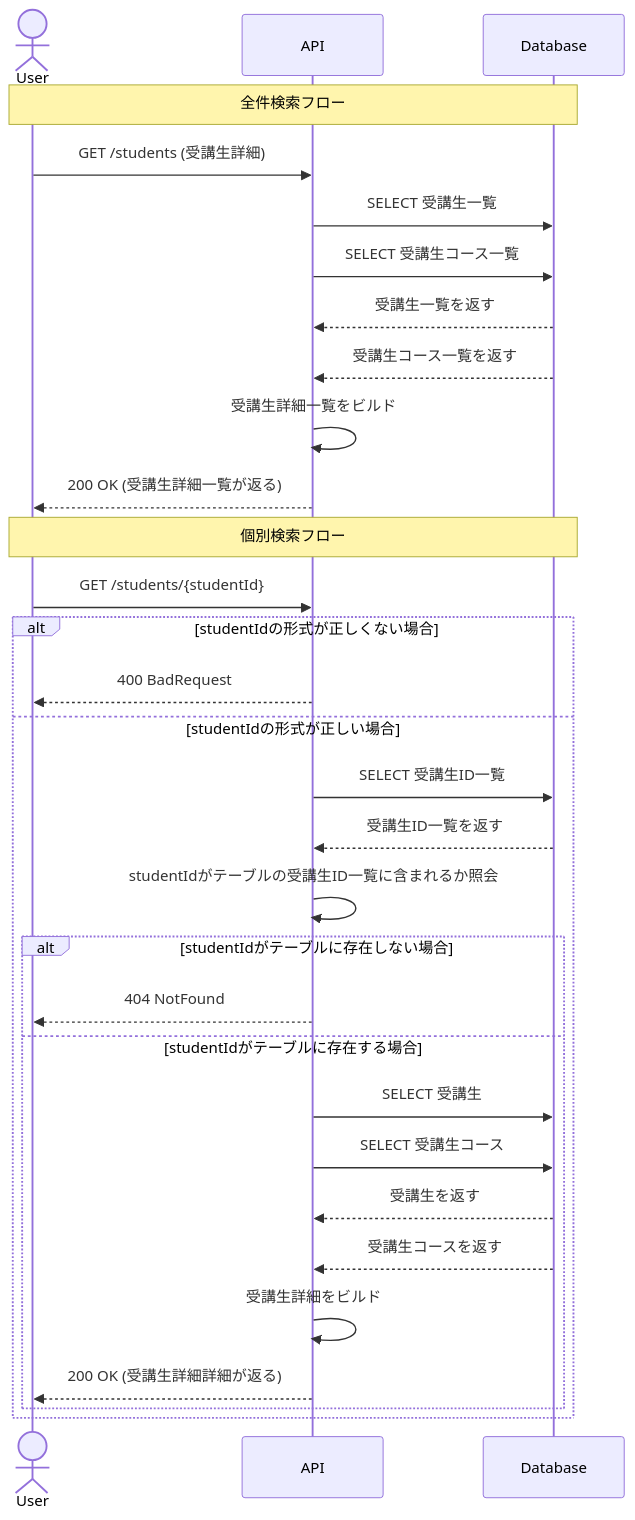
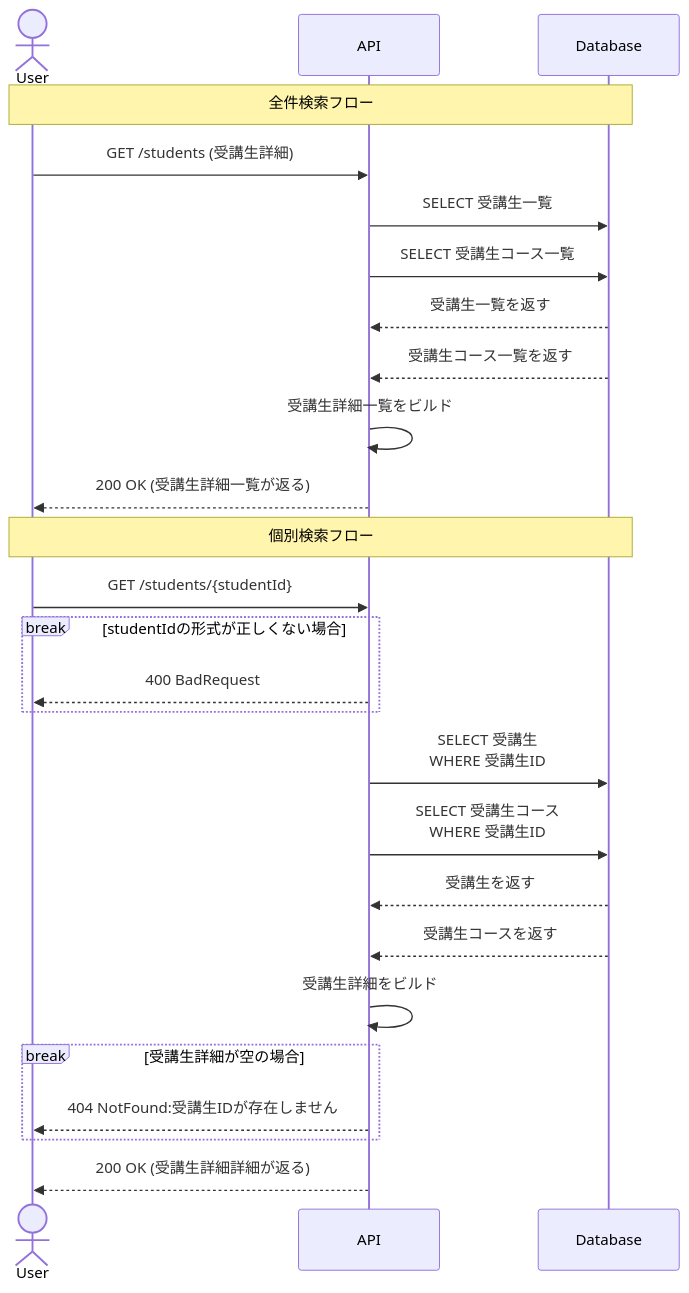
One commit to saway261/StudentManagement changed the second of 7 diagrams in README.md. Above: the diagram before and after it, drawn with Mermaid. The commit also changed other lines of this file, not shown here.

Commit message:
docs: README修正(受講生単一検索と受講生更新のシーケンス図を修正、ER図に外部キーについてのコメント追加)

````diff
--- a/README.md
+++ b/README.md
@@ -75,34 +75,29 @@
 ```mermaid
 sequenceDiagram
     actor User
     participant API as API
     participant DB as Database
     Note over User, DB: 全件検索フロー
     User ->> API: GET /students (受講生詳細)
     API ->> DB: SELECT 受講生一覧
     API ->> DB: SELECT 受講生コース一覧
     DB -->> API: 受講生一覧を返す
     DB -->> API: 受講生コース一覧を返す
     API ->> API: 受講生詳細一覧をビルド
     API -->> User: 200 OK (受講生詳細一覧が返る)
     Note over User, DB: 個別検索フロー
     User ->> API: GET /students/{studentId}
-    alt studentIdの形式が正しくない場合
+    break studentIdの形式が正しくない場合
         API -->> User: 400 BadRequest
-    else studentIdの形式が正しい場合
-        API ->> DB: SELECT 受講生ID一覧
-        DB -->> API: 受講生ID一覧を返す
-        API ->> API: studentIdがテーブルの受講生ID一覧に含まれるか照会
-        alt studentIdがテーブルに存在しない場合
-            API -->> User: 404 NotFound
-        else studentIdがテーブルに存在する場合
-            API ->> DB: SELECT 受講生
-            API ->> DB: SELECT 受講生コース
+    end 
+            API ->> DB: SELECT 受講生<br>WHERE 受講生ID
+            API ->> DB: SELECT 受講生コース<br>WHERE 受講生ID
             DB -->> API: 受講生を返す
             DB -->> API: 受講生コースを返す
             API ->> API: 受講生詳細をビルド
+        break 受講生詳細が空の場合 
+            API -->> User: 404 NotFound:受講生IDが存在しません
+        end 
             API -->> User: 200 OK (受講生詳細詳細が返る)
-        end
-    end
 
 ```
````
